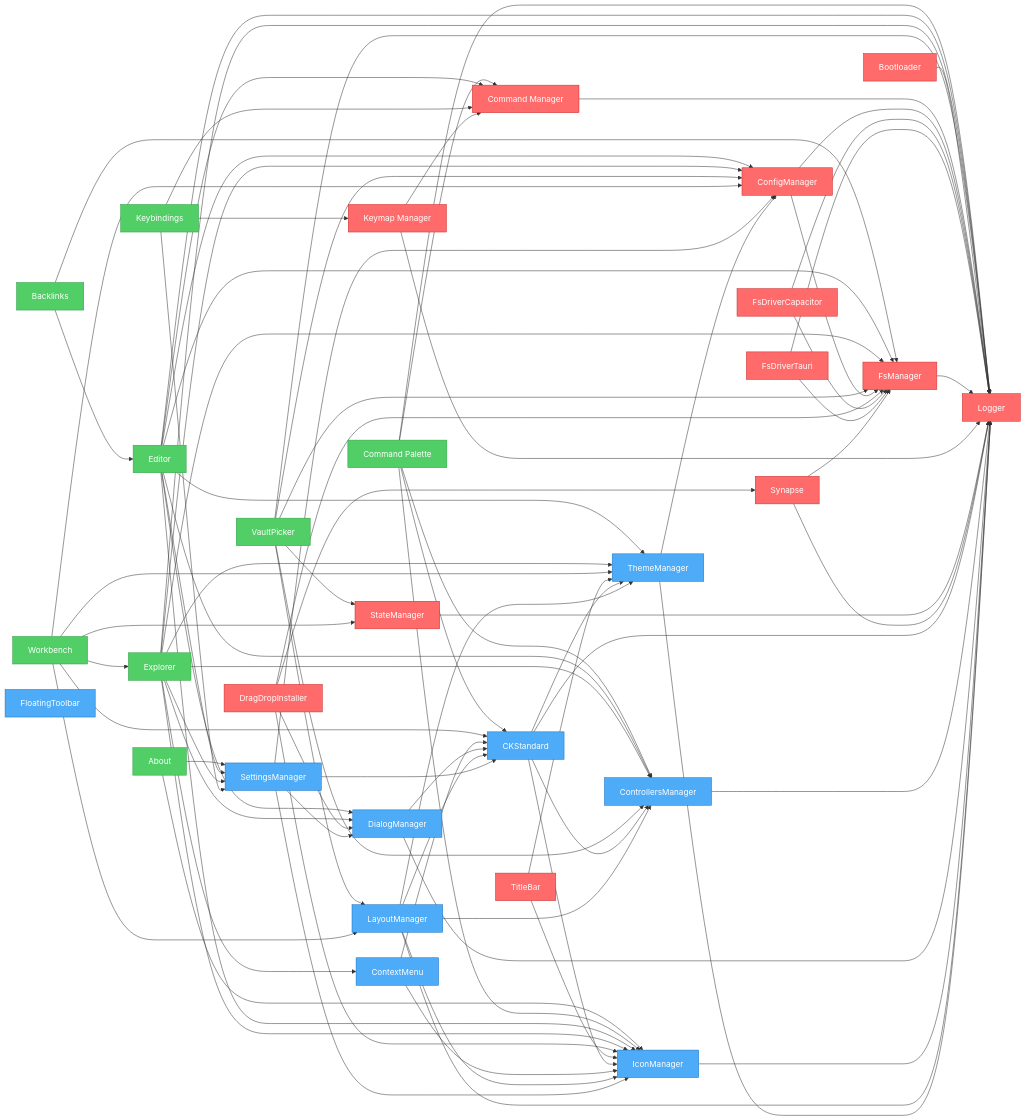
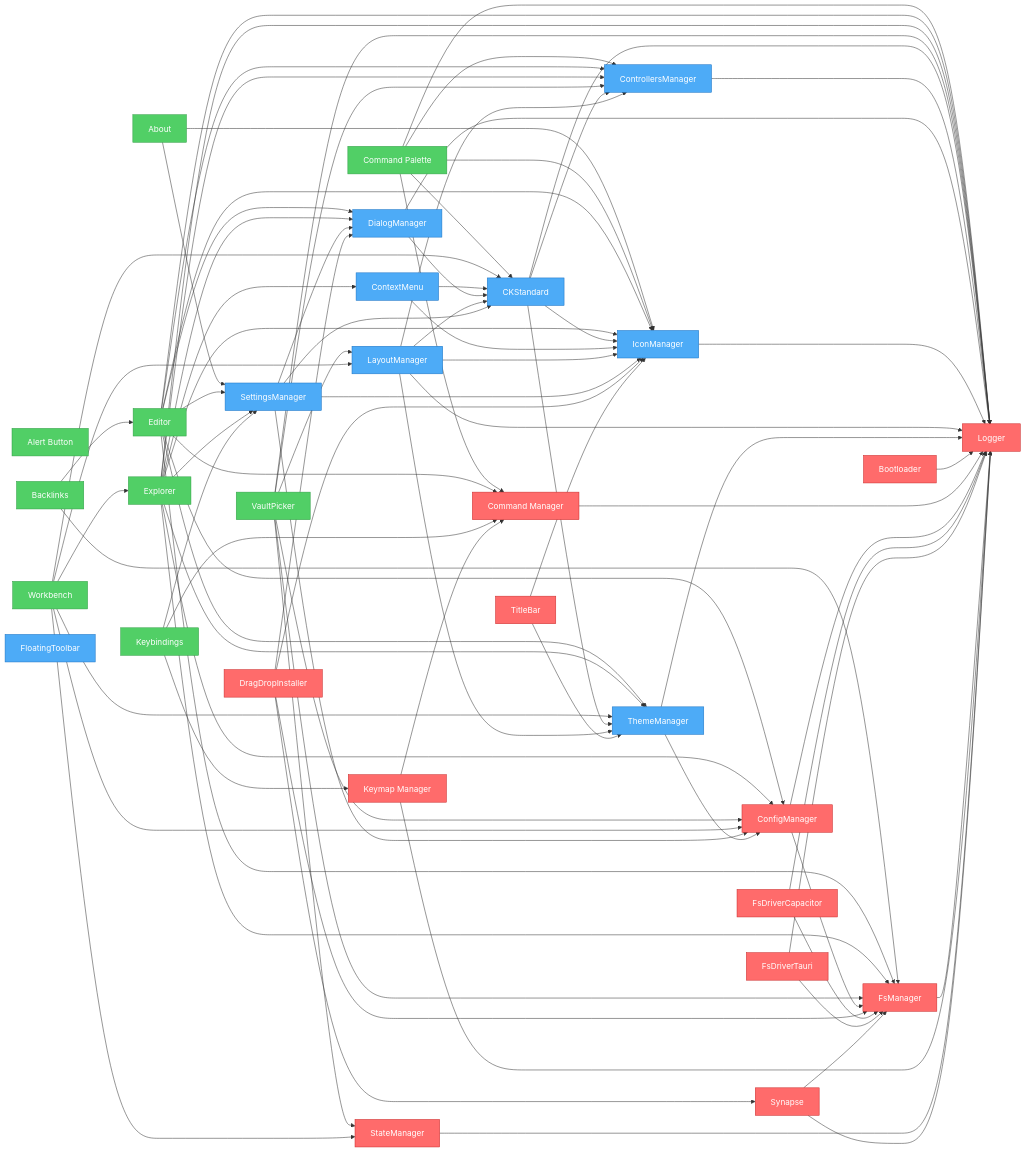
The diagram in artifacts/graph.mmd (khton-tech/notehub.md), drawn with Mermaid before and after one commit. The commit also changed 36 other files, not shown here.

Commit message:
feat: Introduce new `alert-button` feature plugin including its UI components, build configuration, and comprehensive documentation.

```diff
--- a/artifacts/graph.mmd
+++ b/artifacts/graph.mmd
@@ -1,122 +1,123 @@
 flowchart LR
     nh_features_about["About"]
+    features_alert-button["Alert Button"]
     nh_features_backlinks["Backlinks"]
     nh_features_command-palette["Command Palette"]
     nh_features_editor["Editor"]
     nh_features_explorer["Explorer"]
     nh_features_keybindings["Keybindings"]
     nh_features_vault-picker["VaultPicker"]
     nh_features_workbench["Workbench"]
+    nh_ui_ck-standard["CKStandard"]
+    nh_ui_context-menu["ContextMenu"]
+    nh_ui_controllers-manager["ControllersManager"]
+    nh_ui_dialog-manager["DialogManager"]
+    nh_ui_floating-toolbar["FloatingToolbar"]
+    nh_ui_icon-manager["IconManager"]
+    nh_ui_layout-manager["LayoutManager"]
+    nh_ui_settings-manager["SettingsManager"]
+    nh_ui_theme-manager["ThemeManager"]
     nh_system_bootloader["Bootloader"]
     nh_system_command-manager["Command Manager"]
     nh_system_config-manager["ConfigManager"]
     nh_system_drag-drop["DragDropInstaller"]
     nh_system_fs-driver-capacitor["FsDriverCapacitor"]
     nh_system_fs-driver-tauri["FsDriverTauri"]
     nh_system_fs-manager["FsManager"]
     nh_system_keymap["Keymap Manager"]
     nh_system_logger["Logger"]
     nh_system_state-manager["StateManager"]
     nh_system_synapse["Synapse"]
     nh_system_titlebar["TitleBar"]
-    nh_ui_ck-standard["CKStandard"]
-    nh_ui_context-menu["ContextMenu"]
-    nh_ui_controllers-manager["ControllersManager"]
-    nh_ui_dialog-manager["DialogManager"]
-    nh_ui_floating-toolbar["FloatingToolbar"]
-    nh_ui_icon-manager["IconManager"]
-    nh_ui_layout-manager["LayoutManager"]
-    nh_ui_settings-manager["SettingsManager"]
-    nh_ui_theme-manager["ThemeManager"]
     nh_features_about --> nh_ui_settings-manager
     nh_features_about --> nh_ui_icon-manager
     nh_features_backlinks --> nh_features_editor
     nh_features_backlinks --> nh_system_fs-manager
     nh_features_command-palette --> nh_system_command-manager
     nh_features_command-palette --> nh_system_logger
     nh_features_command-palette --> nh_ui_controllers-manager
     nh_features_command-palette --> nh_ui_ck-standard
     nh_features_command-palette --> nh_ui_icon-manager
     nh_features_editor --> nh_system_config-manager
     nh_features_editor --> nh_system_command-manager
     nh_features_editor --> nh_ui_settings-manager
     nh_features_editor --> nh_system_fs-manager
     nh_features_editor --> nh_system_logger
     nh_features_editor --> nh_ui_controllers-manager
     nh_features_editor --> nh_ui_dialog-manager
     nh_features_editor --> nh_ui_icon-manager
     nh_features_editor --> nh_ui_theme-manager
     nh_features_explorer --> nh_system_config-manager
     nh_features_explorer --> nh_ui_settings-manager
     nh_features_explorer --> nh_system_fs-manager
     nh_features_explorer --> nh_system_logger
     nh_features_explorer --> nh_ui_controllers-manager
     nh_features_explorer --> nh_ui_icon-manager
     nh_features_explorer --> nh_ui_theme-manager
     nh_features_explorer --> nh_ui_context-menu
     nh_features_explorer --> nh_ui_dialog-manager
     nh_features_keybindings --> nh_ui_settings-manager
     nh_features_keybindings --> nh_system_command-manager
     nh_features_keybindings --> nh_system_keymap
     nh_features_vault-picker --> nh_system_fs-manager
     nh_features_vault-picker --> nh_system_config-manager
     nh_features_vault-picker --> nh_system_state-manager
     nh_features_vault-picker --> nh_system_logger
     nh_features_vault-picker --> nh_ui_controllers-manager
     nh_features_vault-picker --> nh_ui_layout-manager
     nh_features_workbench --> nh_system_config-manager
     nh_features_workbench --> nh_ui_layout-manager
     nh_features_workbench --> nh_ui_theme-manager
     nh_features_workbench --> nh_ui_ck-standard
     nh_features_workbench --> nh_system_state-manager
     nh_features_workbench --> nh_features_explorer
-    nh_system_bootloader --> nh_system_logger
-    nh_system_command-manager --> nh_system_logger
-    nh_system_config-manager --> nh_system_logger
-    nh_system_config-manager --> nh_system_fs-manager
-    nh_system_drag-drop --> nh_ui_icon-manager
-    nh_system_drag-drop --> nh_ui_dialog-manager
-    nh_system_drag-drop --> nh_system_fs-manager
-    nh_system_drag-drop --> nh_system_synapse
-    nh_system_fs-driver-capacitor --> nh_system_logger
-    nh_system_fs-driver-capacitor --> nh_system_fs-manager
-    nh_system_fs-driver-tauri --> nh_system_logger
-    nh_system_fs-driver-tauri --> nh_system_fs-manager
-    nh_system_fs-manager --> nh_system_logger
-    nh_system_keymap --> nh_system_command-manager
-    nh_system_keymap --> nh_system_logger
-    nh_system_state-manager --> nh_system_logger
-    nh_system_synapse --> nh_system_fs-manager
-    nh_system_synapse --> nh_system_logger
-    nh_system_titlebar --> nh_ui_icon-manager
-    nh_system_titlebar --> nh_ui_theme-manager
     nh_ui_ck-standard --> nh_system_logger
     nh_ui_ck-standard --> nh_ui_controllers-manager
     nh_ui_ck-standard --> nh_ui_icon-manager
     nh_ui_ck-standard --> nh_ui_theme-manager
     nh_ui_context-menu --> nh_ui_icon-manager
     nh_ui_context-menu --> nh_ui_ck-standard
     nh_ui_controllers-manager --> nh_system_logger
     nh_ui_dialog-manager --> nh_system_logger
     nh_ui_dialog-manager --> nh_ui_ck-standard
     nh_ui_icon-manager --> nh_system_logger
     nh_ui_layout-manager --> nh_system_logger
     nh_ui_layout-manager --> nh_ui_theme-manager
     nh_ui_layout-manager --> nh_ui_icon-manager
     nh_ui_layout-manager --> nh_ui_controllers-manager
     nh_ui_layout-manager --> nh_ui_ck-standard
     nh_ui_settings-manager --> nh_system_config-manager
     nh_ui_settings-manager --> nh_ui_ck-standard
     nh_ui_settings-manager --> nh_ui_icon-manager
     nh_ui_settings-manager --> nh_ui_dialog-manager
     nh_ui_theme-manager --> nh_system_logger
     nh_ui_theme-manager --> nh_system_config-manager
+    nh_system_bootloader --> nh_system_logger
+    nh_system_command-manager --> nh_system_logger
+    nh_system_config-manager --> nh_system_logger
+    nh_system_config-manager --> nh_system_fs-manager
+    nh_system_drag-drop --> nh_ui_icon-manager
+    nh_system_drag-drop --> nh_ui_dialog-manager
+    nh_system_drag-drop --> nh_system_fs-manager
+    nh_system_drag-drop --> nh_system_synapse
+    nh_system_fs-driver-capacitor --> nh_system_logger
+    nh_system_fs-driver-capacitor --> nh_system_fs-manager
+    nh_system_fs-driver-tauri --> nh_system_logger
+    nh_system_fs-driver-tauri --> nh_system_fs-manager
+    nh_system_fs-manager --> nh_system_logger
+    nh_system_keymap --> nh_system_command-manager
+    nh_system_keymap --> nh_system_logger
+    nh_system_state-manager --> nh_system_logger
+    nh_system_synapse --> nh_system_fs-manager
+    nh_system_synapse --> nh_system_logger
+    nh_system_titlebar --> nh_ui_icon-manager
+    nh_system_titlebar --> nh_ui_theme-manager
 
     %% Styles
     classDef system fill:#ff6b6b,stroke:#c92a2a,color:#fff
     classDef ui fill:#4dabf7,stroke:#1971c2,color:#fff
     classDef feature fill:#51cf66,stroke:#2f9e44,color:#fff
-    class nh_features_about,nh_features_backlinks,nh_features_keybindings,nh_features_vault-picker feature
+    class nh_features_about,features_alert-button,nh_features_backlinks,nh_features_keybindings,nh_features_vault-picker feature
     class nh_features_command-palette,nh_features_editor,nh_features_explorer,nh_features_workbench feature
+    class nh_ui_ck-standard,nh_ui_context-menu,nh_ui_controllers-manager,nh_ui_dialog-manager,nh_ui_floating-toolbar,nh_ui_icon-manager,nh_ui_layout-manager,nh_ui_settings-manager,nh_ui_theme-manager ui
     class nh_system_bootloader,nh_system_command-manager,nh_system_config-manager,nh_system_drag-drop,nh_system_fs-driver-capacitor,nh_system_fs-driver-tauri,nh_system_fs-manager,nh_system_keymap,nh_system_logger,nh_system_state-manager,nh_system_synapse,nh_system_titlebar system
-    class nh_ui_ck-standard,nh_ui_context-menu,nh_ui_controllers-manager,nh_ui_dialog-manager,nh_ui_floating-toolbar,nh_ui_icon-manager,nh_ui_layout-manager,nh_ui_settings-manager,nh_ui_theme-manager ui
```
